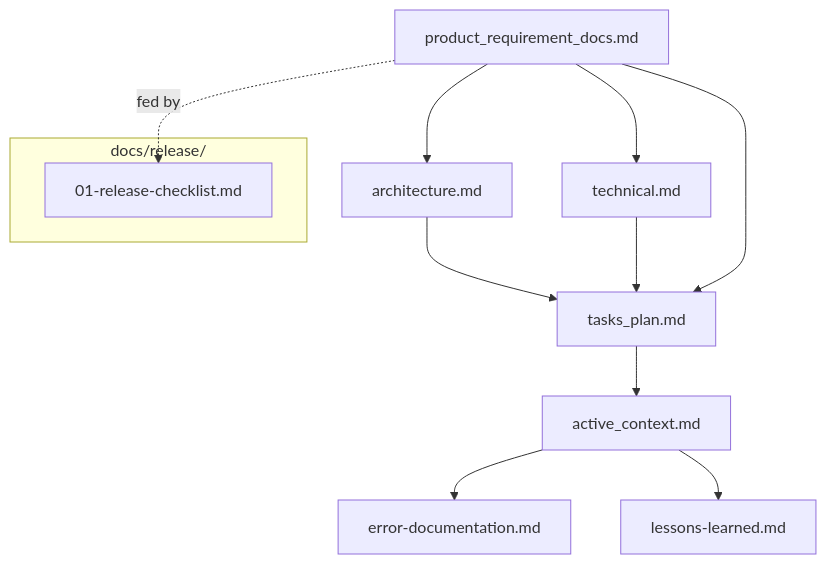
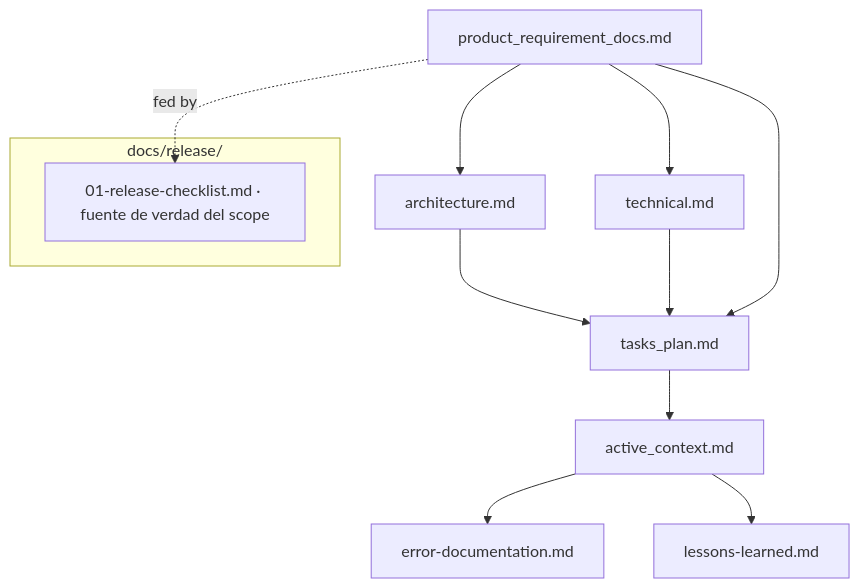
The ninth of 9 diagrams in docs/methodology/architecture.md (carlos18bp/albunmania_project), drawn with Mermaid before and after one commit. The commit also changed other lines of this file and 8 other files, not shown here.

````diff
--- a/docs/methodology/architecture.md
+++ b/docs/methodology/architecture.md
@@ -175,15 +280,15 @@
 ```mermaid
 flowchart TD
     PB[product_requirement_docs.md] --> PC[technical.md]
     PB --> SP[architecture.md]
     SP --> TC[tasks_plan.md]
     PC --> TC
     PB --> TC
     TC --> AC[active_context.md]
     AC --> ER[error-documentation.md]
     AC --> LL[lessons-learned.md]
     subgraph Releases["docs/release/"]
-        R01[01-release-checklist.md]
+        R01[01-release-checklist.md · fuente de verdad del scope]
     end
     PB -.fed by.-> R01
 ```
````
